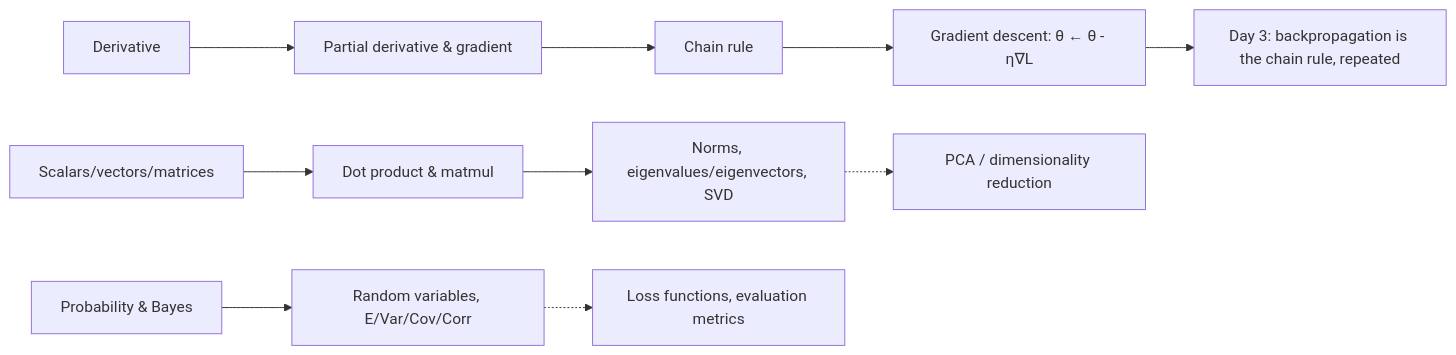
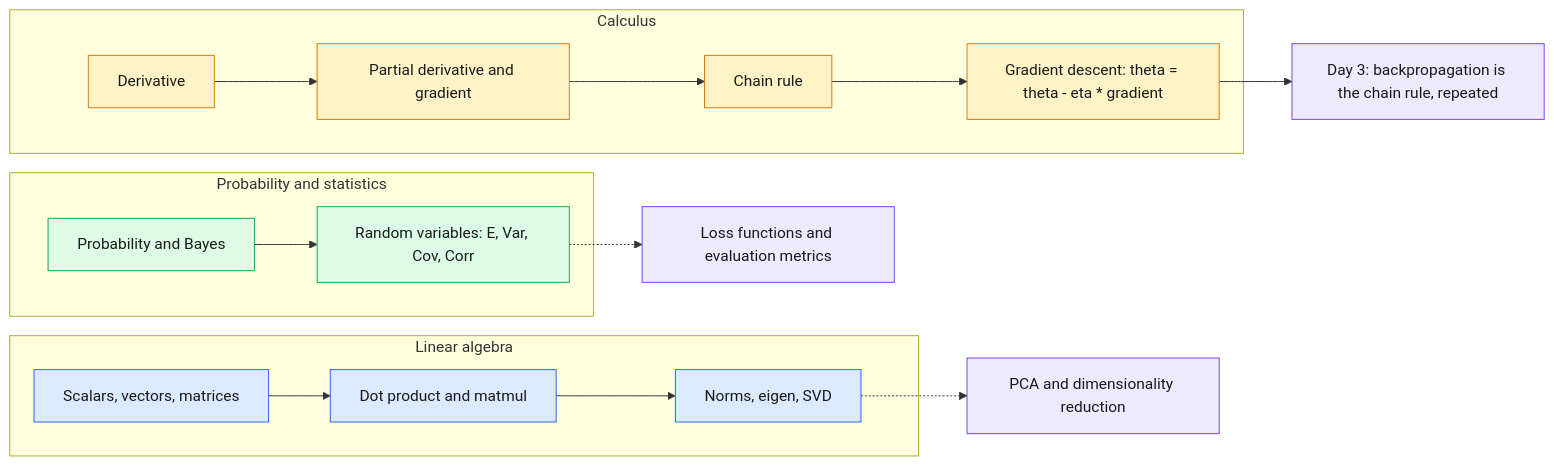
The first of 2 diagrams in day01_python_data_math/05_ml_mathematics/README.md (bhanu-prakash12/ai-ml-engineer-fundamentals), drawn with Mermaid before and after one commit. The commit also changed other lines of this file and 68 other files, not shown here.

````diff
--- a/day01_python_data_math/05_ml_mathematics/README.md
+++ b/day01_python_data_math/05_ml_mathematics/README.md
@@ -46,12 +85,23 @@
 ```mermaid
 flowchart LR
-  A[Scalars/vectors/matrices] --> B[Dot product & matmul]
-  B --> C[Norms, eigenvalues/eigenvectors, SVD]
-  D[Probability & Bayes] --> E[Random variables, E/Var/Cov/Corr]
-  F[Derivative] --> G[Partial derivative & gradient]
-  G --> H[Chain rule]
-  H --> I[Gradient descent: θ ← θ - η∇L]
-  C -.-> J[PCA / dimensionality reduction]
-  E -.-> K[Loss functions, evaluation metrics]
-  I --> L[Day 3: backpropagation is the chain rule, repeated]
+  subgraph LA["Linear algebra"]
+    A["Scalars, vectors, matrices"] --> B["Dot product and matmul"] --> C["Norms, eigen, SVD"]
+  end
+  subgraph PS["Probability and statistics"]
+    D["Probability and Bayes"] --> E["Random variables: E, Var, Cov, Corr"]
+  end
+  subgraph CA["Calculus"]
+    F["Derivative"] --> G["Partial derivative and gradient"] --> H["Chain rule"] --> I["Gradient descent: theta = theta - eta * gradient"]
+  end
+  C -.-> J["PCA and dimensionality reduction"]
+  E -.-> K["Loss functions and evaluation metrics"]
+  I --> L["Day 3: backpropagation is the chain rule, repeated"]
+  classDef la fill:#DBEAFE,stroke:#2563EB,color:#1a1a1a;
+  classDef ps fill:#DCFCE7,stroke:#16A34A,color:#1a1a1a;
+  classDef ca fill:#FEF3C7,stroke:#D97706,color:#1a1a1a;
+  classDef out fill:#EDE9FE,stroke:#7C3AED,color:#1a1a1a;
+  class A,B,C la;
+  class D,E ps;
+  class F,G,H,I ca;
+  class J,K,L out;
 ```
````
